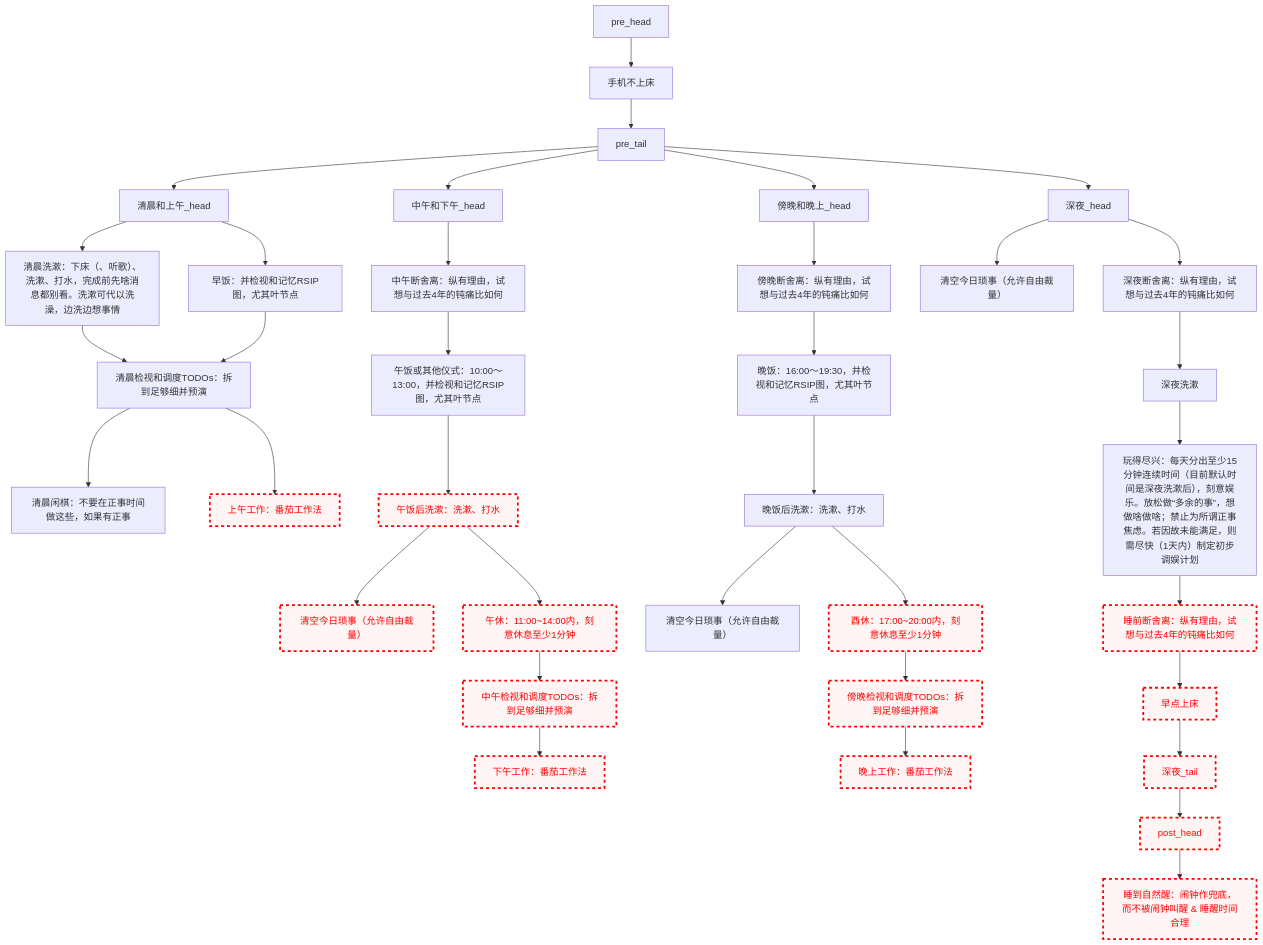
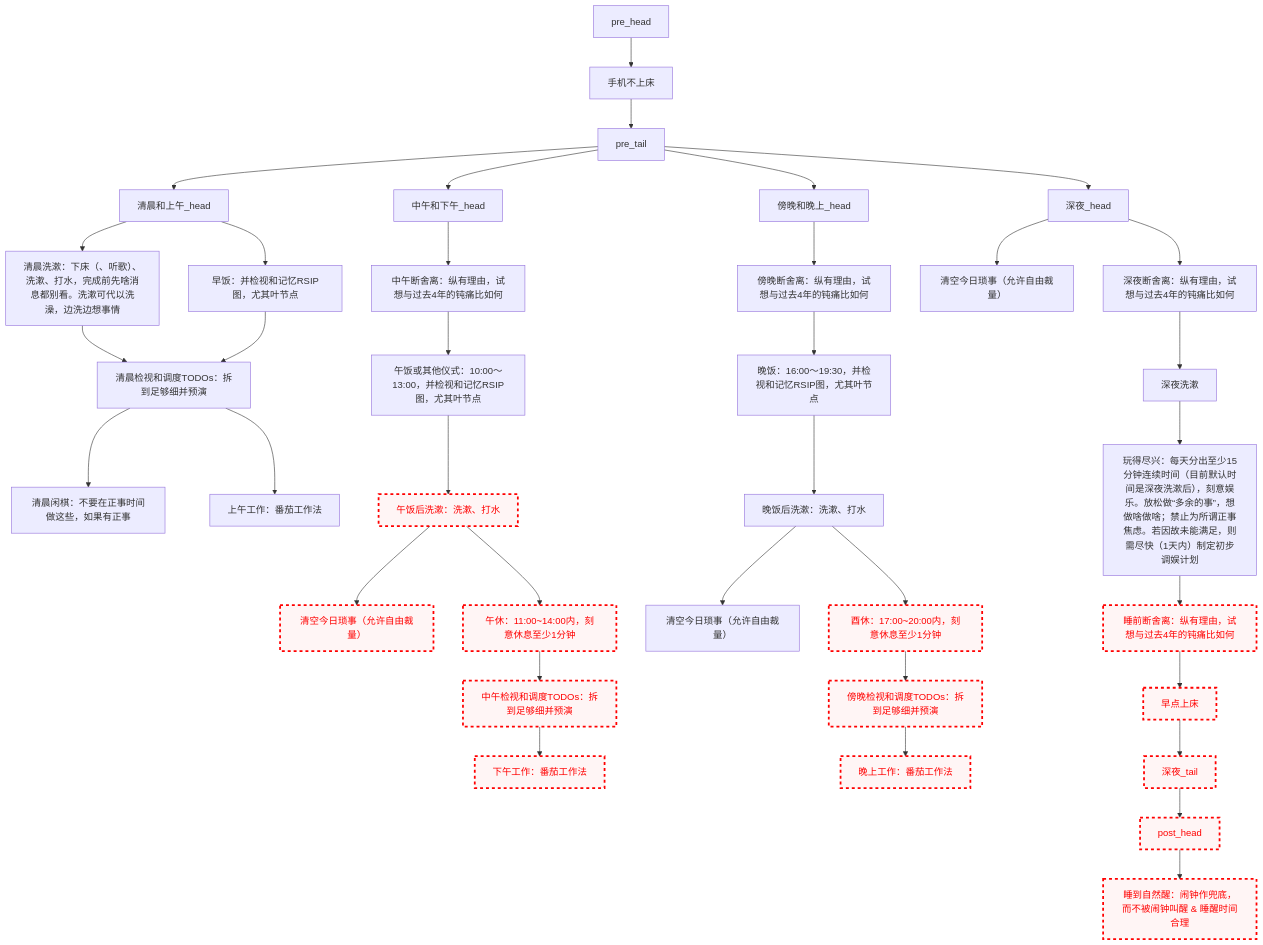
Before and after one commit to Ethkuil/RSIP-tree: the diagram in README.md, drawn with Mermaid.

Commit message:
enable 上午工作

````diff
--- a/README.md
+++ b/README.md
@@ -21,62 +21,61 @@
 ```mermaid
 graph TD
 
 classDef failed stroke:#ff0000, stroke-width:3px, color:#ff0000, fill:#fff5f5, stroke-dasharray: 5
 
 pre_head --> 手机不上床
 手机不上床 --> pre_tail
 
 
 pre_tail --> 清晨和上午_head
 清晨和上午_head --> 清晨洗漱[清晨洗漱：下床（、听歌）、洗漱、打水，完成前先啥消息都别看。洗漱可代以洗澡，边洗边想事情]
 清晨和上午_head --> 早饭[早饭：并检视和记忆RSIP图，尤其叶节点]
 清晨洗漱 --> 清晨看TODO[清晨检视和调度TODOs：拆到足够细并预演]
 早饭 --> 清晨看TODO
 清晨看TODO --> 清晨闲棋[清晨闲棋：不要在正事时间做这些，如果有正事]
 清晨看TODO --> 上午工作[上午工作：番茄工作法]
-class 上午工作 failed
 
 pre_tail --> 中午和下午_head
 中午和下午_head --> 中午断舍离[中午断舍离：纵有理由，试想与过去4年的钝痛比如何]
 中午断舍离 --> 午饭[午饭或其他仪式：10:00～13:00，并检视和记忆RSIP图，尤其叶节点]
 午饭 --> 午饭后洗漱[午饭后洗漱：洗漱、打水]
 class 午饭后洗漱 failed
 午饭后洗漱 --> 中午今日琐事[清空今日琐事（允许自由裁量）]
 class 中午今日琐事 failed
 午饭后洗漱 --> 午休[午休：11:00~14:00内，刻意休息至少1分钟]
 class 午休 failed
 午休 --> 中午看TODO[中午检视和调度TODOs：拆到足够细并预演]
 class 中午看TODO failed
 中午看TODO --> 下午工作[下午工作：番茄工作法]
 class 下午工作 failed
 
 pre_tail --> 傍晚和晚上_head
 傍晚和晚上_head --> 傍晚断舍离[傍晚断舍离：纵有理由，试想与过去4年的钝痛比如何]
 傍晚断舍离 --> 晚饭[晚饭：16:00～19:30，并检视和记忆RSIP图，尤其叶节点]
 晚饭 --> 晚饭后洗漱[晚饭后洗漱：洗漱、打水]
 晚饭后洗漱 --> 傍晚今日琐事[清空今日琐事（允许自由裁量）]
 晚饭后洗漱 --> 酉休[酉休：17:00~20:00内，刻意休息至少1分钟]
 class 酉休 failed
 酉休 --> 傍晚看TODO[傍晚检视和调度TODOs：拆到足够细并预演]
 class 傍晚看TODO failed
 傍晚看TODO --> 晚上工作[晚上工作：番茄工作法]
 class 晚上工作 failed
 
 pre_tail --> 深夜_head
 深夜_head --> 深夜今日琐事[清空今日琐事（允许自由裁量）]
 深夜_head --> 深夜断舍离[深夜断舍离：纵有理由，试想与过去4年的钝痛比如何]
 深夜断舍离 --> 深夜洗漱
 深夜洗漱 --> 玩得尽兴[玩得尽兴：每天分出至少15分钟连续时间（目前默认时间是深夜洗漱后），刻意娱乐。放松做“多余的事”，想做啥做啥；禁止为所谓正事焦虑。若因故未能满足，则需尽快（1天内）制定初步调娱计划]
 玩得尽兴 --> 睡前断舍离[睡前断舍离：纵有理由，试想与过去4年的钝痛比如何]
 class 睡前断舍离 failed
 睡前断舍离 --> 早点上床
 class 早点上床 failed
 早点上床 --> 深夜_tail
 class 深夜_tail failed
 
 
 深夜_tail --> post_head
 class post_head failed
 post_head --> 睡到自然醒[睡到自然醒：闹钟作兜底，而不被闹钟叫醒 & 睡醒时间合理]
 class 睡到自然醒 failed
 ```
````
